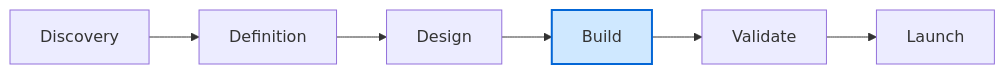
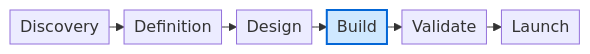
Before and after one commit to swbuilderedwards/argus: the first of 6 diagrams in process/engineering-handbook.md, drawn with Mermaid. The commit also changed other lines of this file, not shown here.

First line of the commit message:
docs: clarify per-ticket fan-out and tighten mermaid spacing

````diff
--- a/process/engineering-handbook.md
+++ b/process/engineering-handbook.md
@@ -7,9 +7,10 @@
 ```mermaid
+%%{init: {'flowchart': {'nodeSpacing': 15, 'rankSpacing': 15, 'padding': 5}}}%%
 graph LR
   A[Discovery] --> B[Definition]
   B --> C[Design]
   C --> D[Build]:::current
   D --> E[Validate]
   E --> F[Launch]
   classDef current fill:#cfe8ff,stroke:#0366d6,stroke-width:2px;
 ```
````
